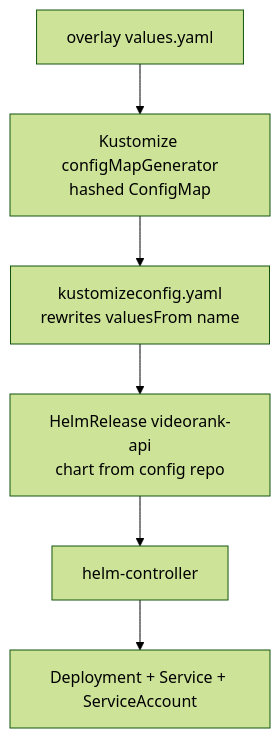
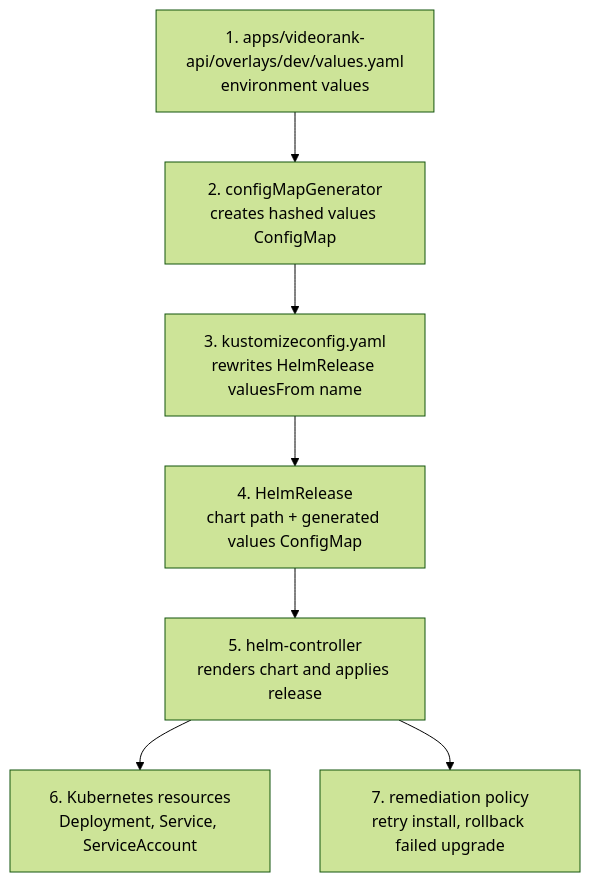
One commit to werpo78/videorank-mlops-app changed the fourth of 8 diagrams in docs/architecture.md. Above: the diagram before and after it, drawn with Mermaid (forest theme). The commit also changed other lines of this file, not shown here.

Commit message:
Clarify architecture diagrams

````diff
--- a/docs/architecture.md
+++ b/docs/architecture.md
@@ -85,15 +112,9 @@
 ```mermaid
-flowchart TB
-    Values["overlay values.yaml"]
-    Generator["Kustomize configMapGenerator<br/>hashed ConfigMap"]
-    NameReference["kustomizeconfig.yaml<br/>rewrites valuesFrom name"]
-    HR["HelmRelease videorank-api<br/>chart from config repo"]
-    HelmController["helm-controller"]
-    Deployment["Deployment + Service + ServiceAccount"]
-
-    Values --> Generator
-    Generator --> NameReference
-    NameReference --> HR
-    HR --> HelmController
-    HelmController --> Deployment
+flowchart TD
+    A["1. apps/videorank-api/overlays/dev/values.yaml<br/>environment values"] --> B["2. configMapGenerator<br/>creates hashed values ConfigMap"]
+    B --> C["3. kustomizeconfig.yaml<br/>rewrites HelmRelease valuesFrom name"]
+    C --> D["4. HelmRelease<br/>chart path + generated values ConfigMap"]
+    D --> E["5. helm-controller<br/>renders chart and applies release"]
+    E --> F["6. Kubernetes resources<br/>Deployment, Service, ServiceAccount"]
+    E --> G["7. remediation policy<br/>retry install, rollback failed upgrade"]
 ```
````
